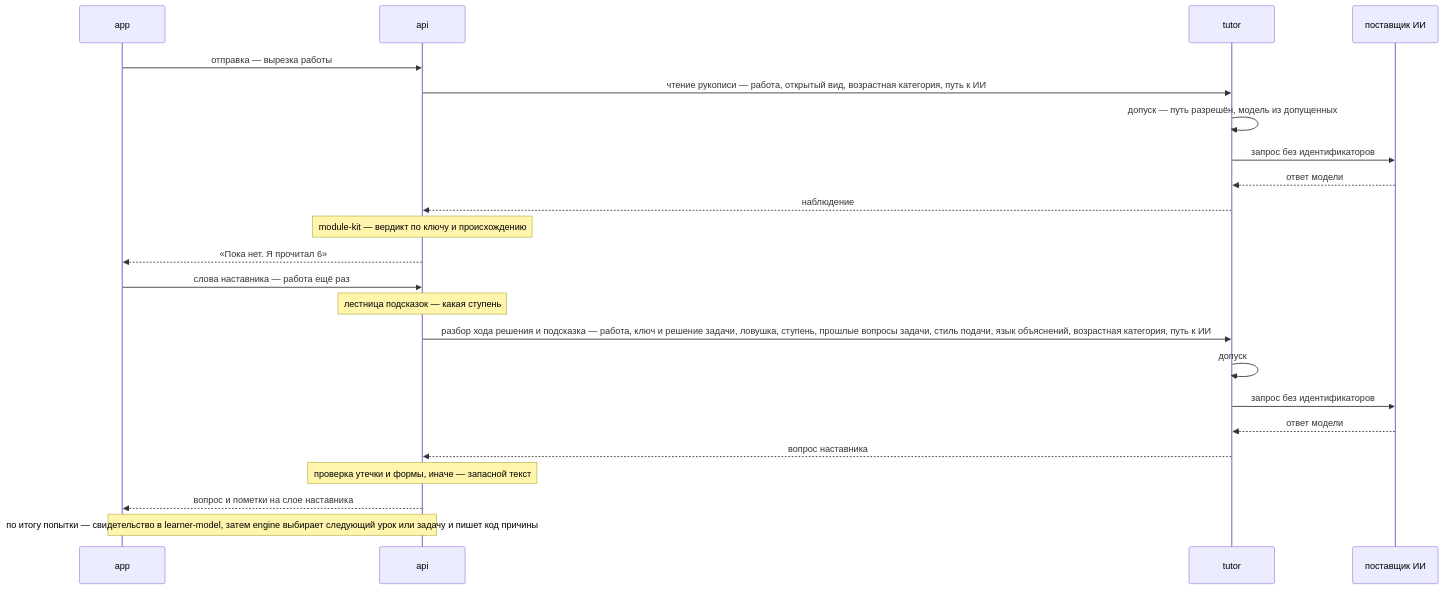
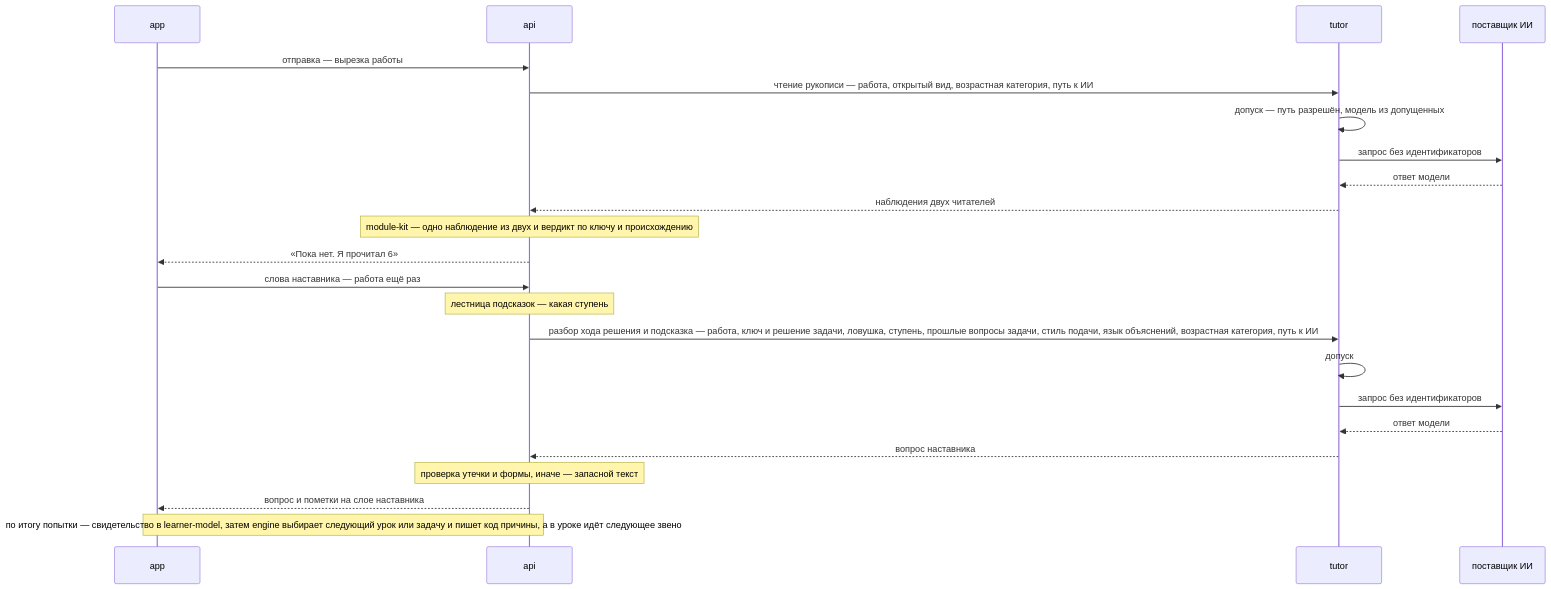
Before and after one commit to altnovatrail/spec: the second of 2 diagrams in docs/architecture.md, drawn with Mermaid. The commit also changed other lines of this file and 17 other files, not shown here.

````diff
--- a/docs/architecture.md
+++ b/docs/architecture.md
@@ -446,25 +453,25 @@
 ```mermaid
 sequenceDiagram
     participant A as app
     participant P as api
     participant T as tutor
     participant M as поставщик ИИ
     A->>P: отправка — вырезка работы
     P->>T: чтение рукописи — работа, открытый вид, возрастная категория, путь к ИИ
     T->>T: допуск — путь разрешён, модель из допущенных
     T->>M: запрос без идентификаторов
     M-->>T: ответ модели
-    T-->>P: наблюдение
-    Note over P: module-kit — вердикт по ключу и происхождению
+    T-->>P: наблюдения двух читателей
+    Note over P: module-kit — одно наблюдение из двух и вердикт по ключу и происхождению
     P-->>A: «Пока нет. Я прочитал 6»
     A->>P: слова наставника — работа ещё раз
     Note over P: лестница подсказок — какая ступень
     P->>T: разбор хода решения и подсказка — работа, ключ и решение задачи, ловушка, ступень, прошлые вопросы задачи, стиль подачи, язык объяснений, возрастная категория, путь к ИИ
     T->>T: допуск
     T->>M: запрос без идентификаторов
     M-->>T: ответ модели
     T-->>P: вопрос наставника
     Note over P: проверка утечки и формы, иначе — запасной текст
     P-->>A: вопрос и пометки на слое наставника
-    Note over A,P: по итогу попытки — свидетельство в learner-model, затем engine выбирает следующий урок или задачу и пишет код причины
+    Note over A,P: по итогу попытки — свидетельство в learner-model, затем engine выбирает следующий урок или задачу и пишет код причины, а в уроке идёт следующее звено
 ```
````
